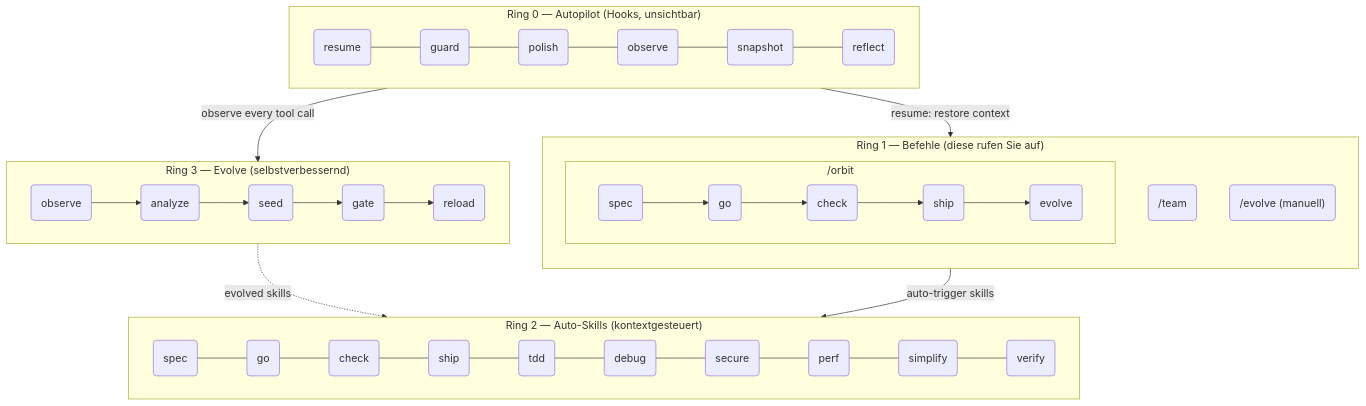
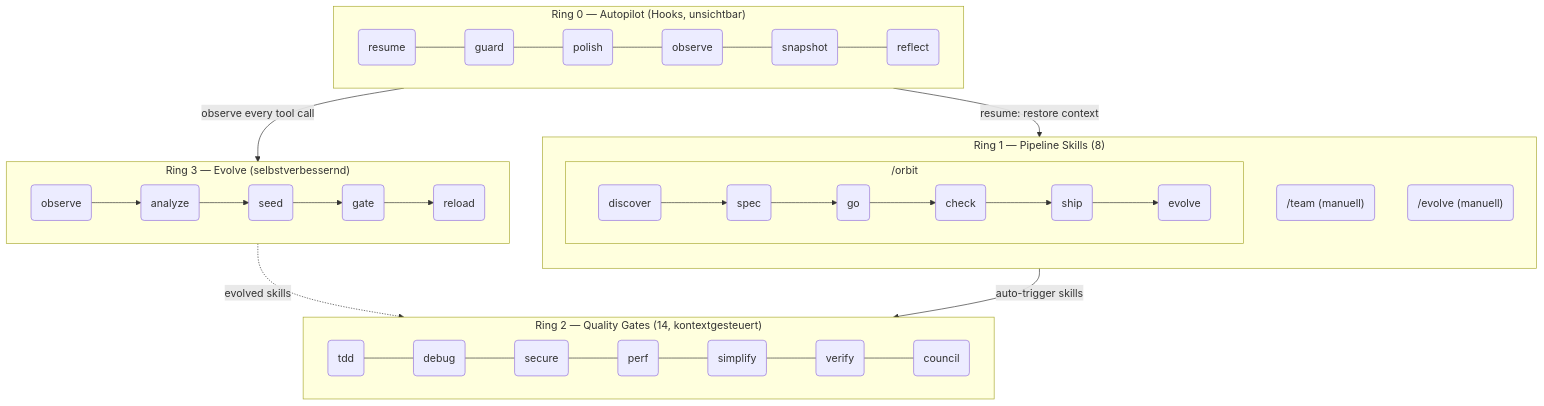
One commit to epicsagas/epic-harness changed the second of 2 diagrams in i18n/de/README.md. Above: the diagram before and after it, drawn with Mermaid. The commit also changed other lines of this file and 24 other files, not shown here.

````diff
--- a/i18n/de/README.md
+++ b/i18n/de/README.md
@@ -422,32 +423,32 @@
 ```mermaid
 flowchart TB
     subgraph R0["Ring 0 — Autopilot (Hooks, unsichtbar)"]
         direction LR
         h1(resume) --- h2(guard) --- h3(polish) --- h4(observe) --- h5(snapshot) --- h6(reflect)
     end
 
-    subgraph R1["Ring 1 — Befehle (diese rufen Sie auf)"]
+    subgraph R1["Ring 1 — Pipeline Skills (8)"]
         direction TB
         subgraph orbit_wrap["  /orbit  "]
             direction LR
-            c1("spec") --> c2("go") --> c3("check") --> c4("ship") --> c5("evolve")
+            c1("discover") --> c2("spec") --> c3("go") --> c4("check") --> c5("ship") --> c6("evolve")
         end
-        c6("/team")
-        c7("/evolve (manuell)")
+        c7("/team (manuell)")
+        c8("/evolve (manuell)")
     end
 
-    subgraph R2["Ring 2 — Auto-Skills (kontextgesteuert)"]
+    subgraph R2["Ring 2 — Quality Gates (14, kontextgesteuert)"]
         direction LR
-        s1(spec) --- s2(go) --- s3(check) --- s4(ship) --- s5(tdd) --- s6(debug) --- s7(secure) --- s8(perf) --- s9(simplify) --- s10(verify)
+        s1(tdd) --- s2(debug) --- s3(secure) --- s4(perf) --- s5(simplify) --- s6(verify) --- s7(council)
     end
 
     subgraph R3["Ring 3 — Evolve (selbstverbessernd)"]
         direction LR
         e1(observe) --> e2(analyze) --> e3(seed) --> e4(gate) --> e5(reload)
     end
 
     R0 -->|"observe every tool call"| R3
     R3 -.->|"evolved skills"| R2
     R1 -->|"auto-trigger skills"| R2
     R0 -->|"resume: restore context"| R1
 ```
````
